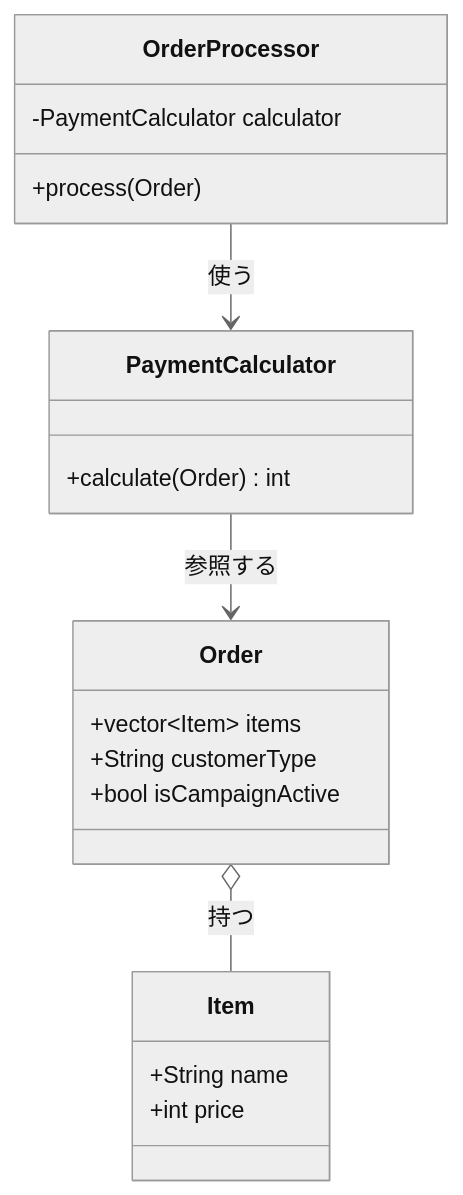
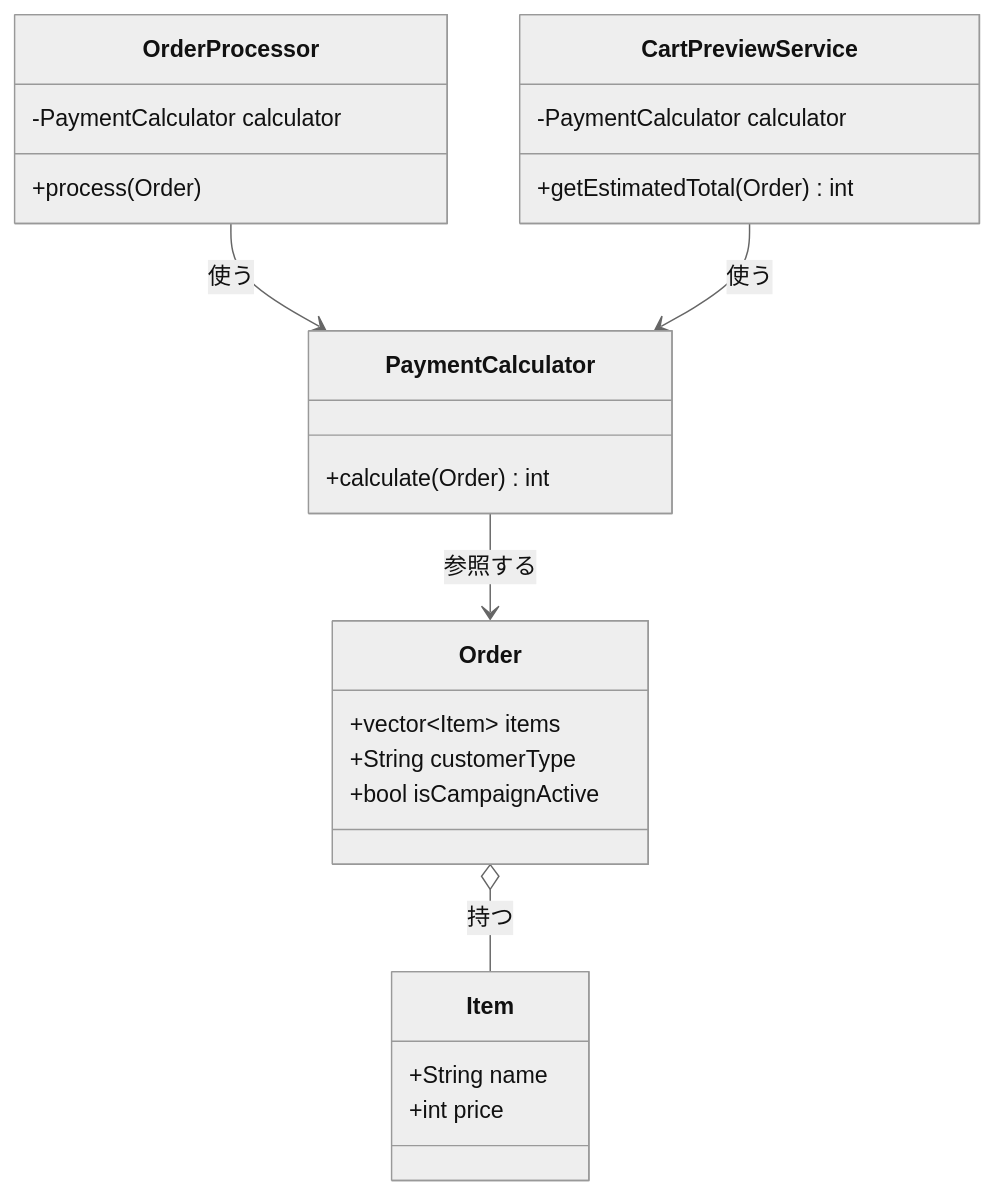
Before and after one commit to kumachan1101-pixel/DesignPattern: the first of 5 diagrams in kindle/design-patterns/output/chapter01.md, drawn with Mermaid (neutral theme). The commit also changed other lines of this file and 1 other file, not shown here.

````diff
--- a/kindle/design-patterns/output/chapter01.md
+++ b/kindle/design-patterns/output/chapter01.md
@@ -84,23 +84,28 @@
 ```mermaid
 classDiagram
     class OrderProcessor {
         -PaymentCalculator calculator
         +process(Order)
     }
     class PaymentCalculator {
         +calculate(Order) int
+    }
+    class CartPreviewService {
+        -PaymentCalculator calculator
+        +getEstimatedTotal(Order) int
     }
     class Order {
         +vector~Item~ items
         +String customerType
         +bool isCampaignActive
     }
     class Item {
         +String name
         +int price
     }
 
     OrderProcessor --> PaymentCalculator : 使う
+    CartPreviewService --> PaymentCalculator : 使う
     PaymentCalculator --> Order : 参照する
     Order o-- Item : 持つ
 ```
````
